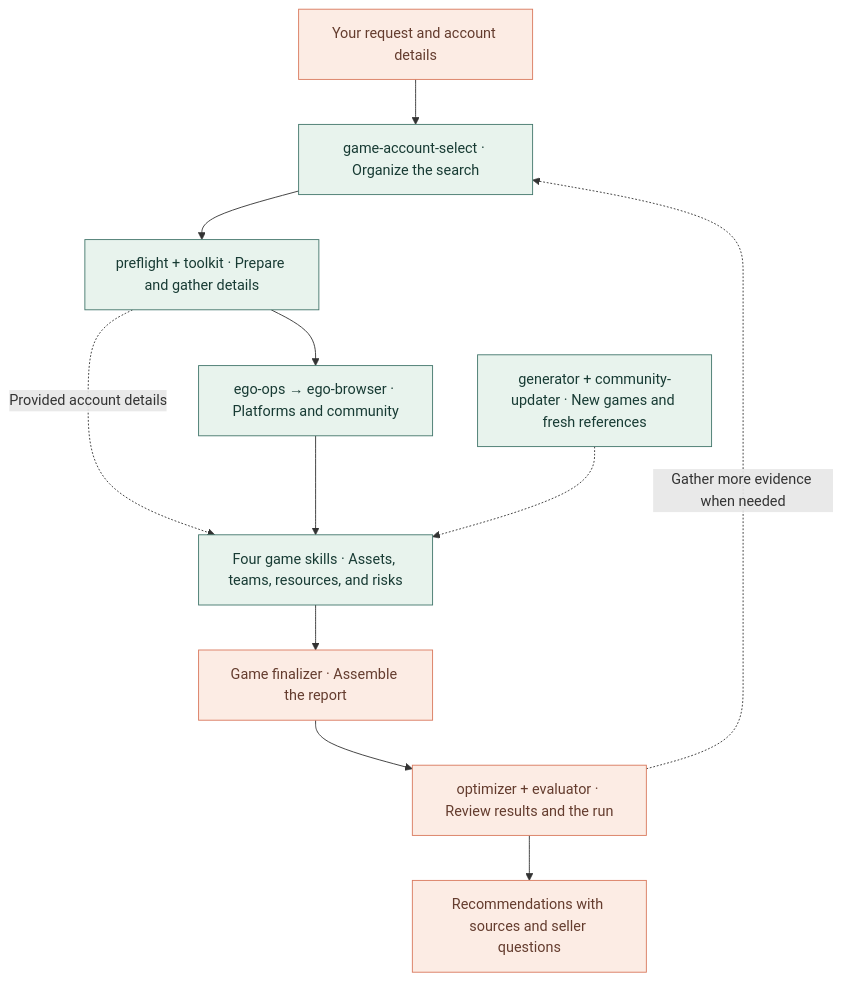
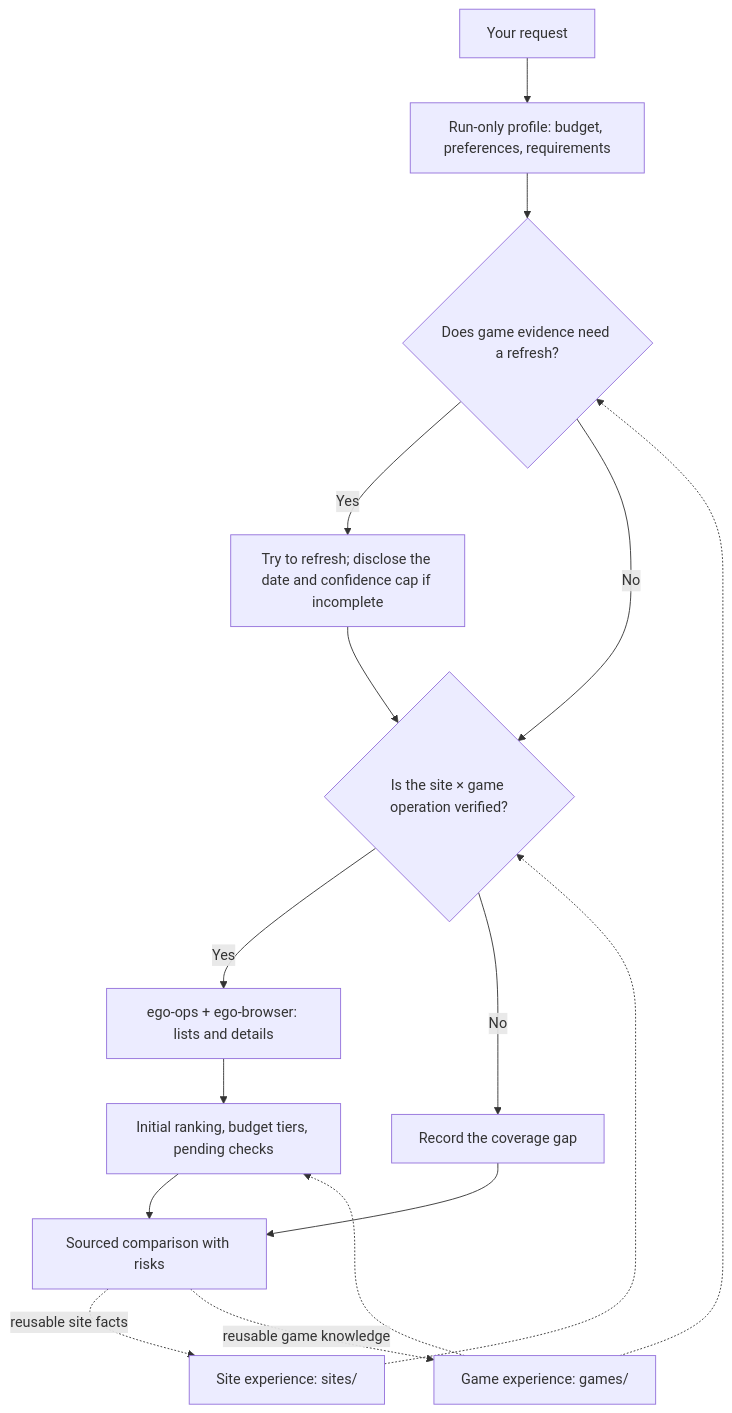
One commit to PointMountain/game-account-select changed the second of 2 diagrams in README.en.md. Above: the diagram before and after it, drawn with Mermaid. The commit also changed other lines of this file and 318 other files, not shown here.

First line of the commit message:
refactor: merge into single game-account-select skill (#30)

````diff
--- a/README.en.md
+++ b/README.en.md
@@ -190,17 +134,18 @@
 ```mermaid
 flowchart TD
-    Request["Your request and account details"] --> Select["game-account-select · Organize the search"]
-    Select --> Runtime["preflight + toolkit · Prepare and gather details"]
-    Runtime --> Browser["ego-ops → ego-browser · Platforms and community"]
-    Runtime -. "Provided account details" .-> Games
-    Browser --> Games["Four game skills · Assets, teams, resources, and risks"]
-    Extend["generator + community-updater · New games and fresh references"] -.-> Games
-    Games --> Finalizer["Game finalizer · Assemble the report"]
-    Finalizer --> Review["optimizer + evaluator · Review results and the run"]
-    Review --> Report["Recommendations with sources and seller questions"]
-    Review -. "Gather more evidence when needed" .-> Select
-    classDef mint fill:#e8f3ed,stroke:#42766b,color:#183b34
-    classDef coral fill:#fcece4,stroke:#d9795d,color:#643c2e
-    class Select,Runtime,Browser,Games,Extend mint
-    class Request,Finalizer,Review,Report coral
+    Request["Your request"] --> Profile["Run-only profile: budget, preferences, requirements"]
+    Profile --> Freshness{"Does game evidence need a refresh?"}
+    Freshness -- "Yes" --> Refresh["Try to refresh; disclose the date and confidence cap if incomplete"]
+    Freshness -- "No" --> Coverage
+    Refresh --> Coverage{"Is the site × game operation verified?"}
+    Coverage -- "Yes" --> Query["ego-ops + ego-browser: lists and details"]
+    Coverage -- "No" --> Gap["Record the coverage gap"]
+    Sites["Site experience: sites/" ] -.-> Coverage
+    Games["Game experience: games/" ] -.-> Freshness
+    Games -.-> Shortlist
+    Query --> Shortlist["Initial ranking, budget tiers, pending checks"]
+    Shortlist --> Report["Sourced comparison with risks"]
+    Gap --> Report
+    Report -. "reusable site facts" .-> Sites
+    Report -. "reusable game knowledge" .-> Games
 ```
````
